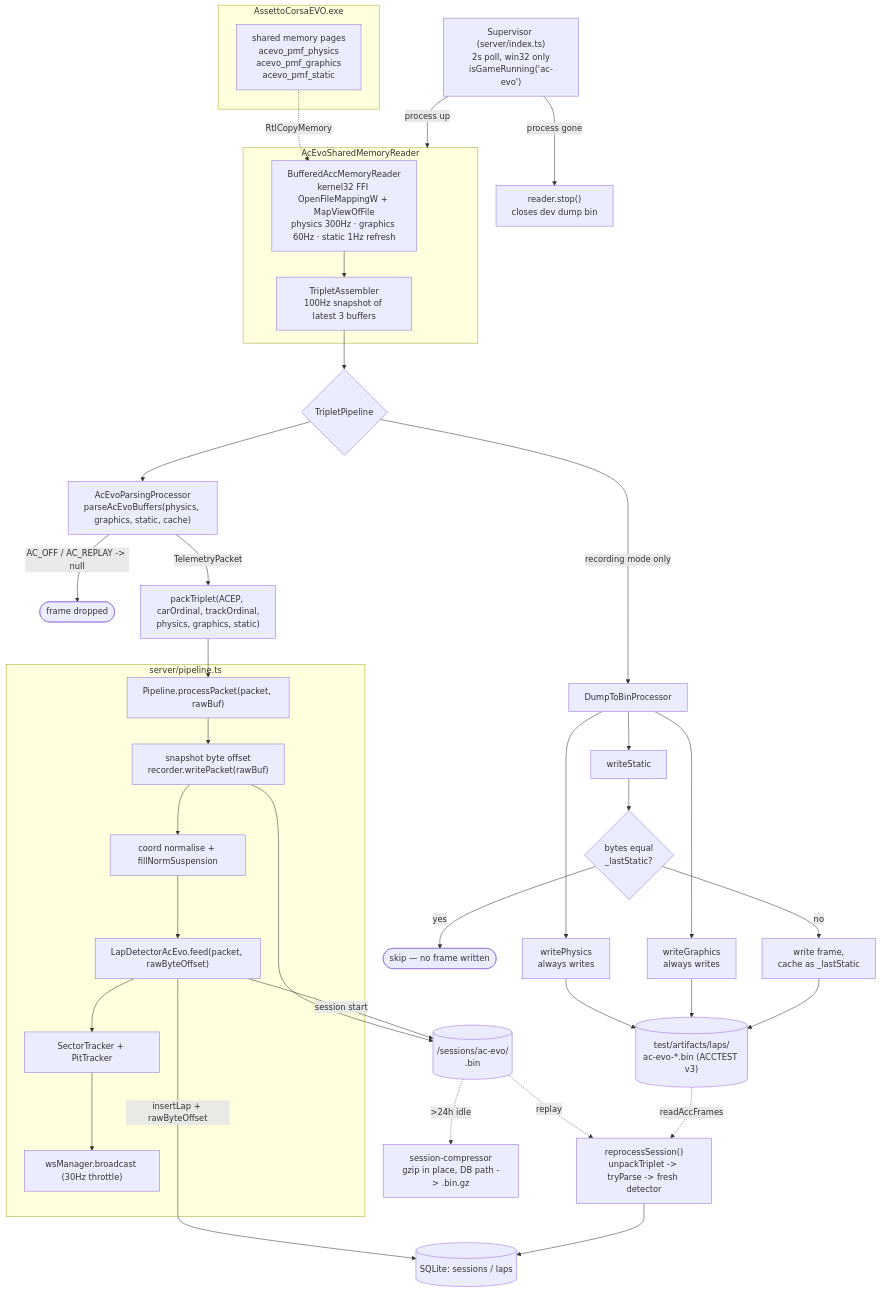
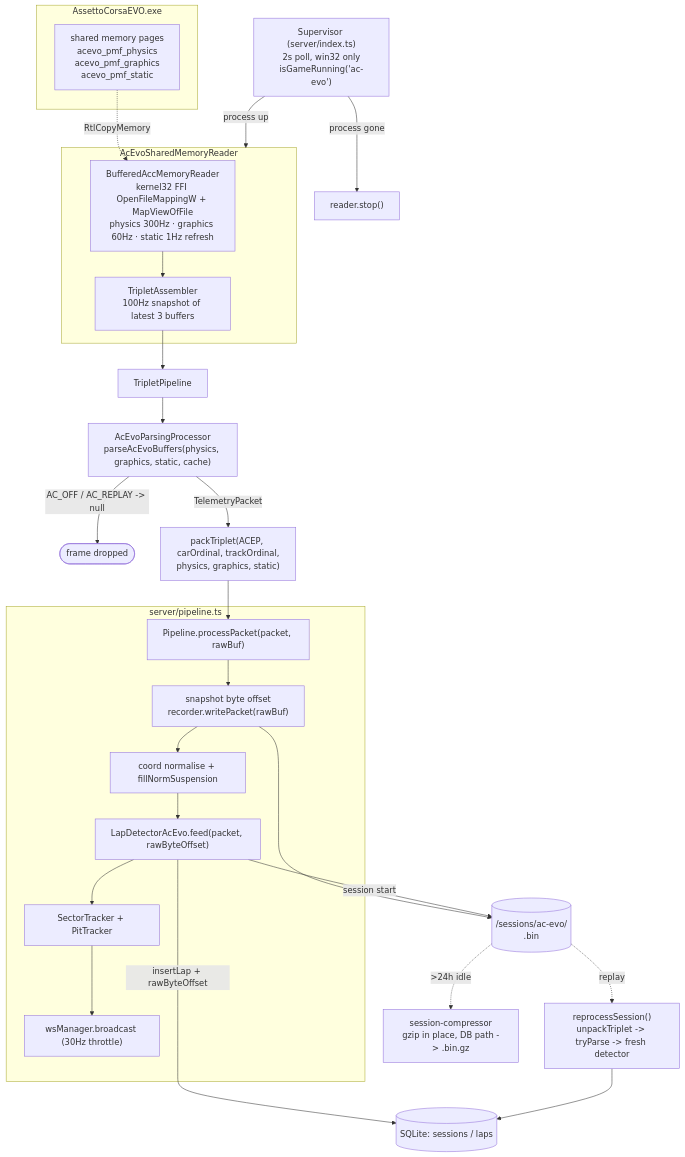
The diagram in docs/ac-evo-recording-pipeline.md (SpeedHQ/RaceIQ), drawn with Mermaid before and after one commit. The commit also changed other lines of this file, not shown here.

First line of the commit message:
docs: limit AC Evo pipeline doc to the production path

````diff
--- a/docs/ac-evo-recording-pipeline.md
+++ b/docs/ac-evo-recording-pipeline.md
@@ -52,54 +33,41 @@
 ```mermaid
 flowchart TD
     subgraph game["AssettoCorsaEVO.exe"]
         SHM["shared memory pages<br/>acevo_pmf_physics<br/>acevo_pmf_graphics<br/>acevo_pmf_static"]
     end
 
     SUP["Supervisor (server/index.ts)<br/>2s poll, win32 only<br/>isGameRunning('ac-evo')"]
     SUP -->|process up| READER
-    SUP -->|process gone| STOP["reader.stop()<br/>closes dev dump bin"]
+    SUP -->|process gone| STOP["reader.stop()"]
 
     subgraph READER["AcEvoSharedMemoryReader"]
         BR["BufferedAccMemoryReader<br/>kernel32 FFI OpenFileMappingW + MapViewOfFile<br/>physics 300Hz · graphics 60Hz · static 1Hz refresh"]
         TA["TripletAssembler<br/>100Hz snapshot of latest 3 buffers"]
         BR --> TA
     end
 
     SHM -.->|RtlCopyMemory| BR
 
-    TA --> TP{"TripletPipeline"}
-    TP -->|recording mode only| DUMP["DumpToBinProcessor"]
-
-    DUMP --> WP["writePhysics<br/>always writes"]
-    DUMP --> WG["writeGraphics<br/>always writes"]
-    DUMP --> WS2["writeStatic"]
-    WS2 --> DEDUP{"bytes equal<br/>_lastStatic?"}
-    DEDUP -->|yes| SKIP(["skip — no frame written"])
-    DEDUP -->|no| WRITE["write frame,<br/>cache as _lastStatic"]
-
-    WP --> DEVBIN[("test/artifacts/laps/<br/>ac-evo-*.bin (ACCTEST v3)")]
-    WG --> DEVBIN
-    WRITE --> DEVBIN
+    TA --> TP["TripletPipeline"]
     TP --> PARSE["AcEvoParsingProcessor<br/>parseAcEvoBuffers(physics, graphics, static, cache)"]
 
     PARSE -->|AC_OFF / AC_REPLAY -> null| DROP(["frame dropped"])
     PARSE -->|TelemetryPacket| PACK["packTriplet(ACEP, carOrdinal, trackOrdinal,<br/>physics, graphics, static)"]
     PACK --> PP["Pipeline.processPacket(packet, rawBuf)"]
 
     subgraph PIPE["server/pipeline.ts"]
         PP --> OFF["snapshot byte offset<br/>recorder.writePacket(rawBuf)"]
         OFF --> NORM["coord normalise + fillNormSuspension"]
         NORM --> LD["LapDetectorAcEvo.feed(packet, rawByteOffset)"]
         LD --> ST["SectorTracker + PitTracker"]
         ST --> WS["wsManager.broadcast (30Hz throttle)"]
     end
 
     OFF --> SESSBIN[("<DATA_DIR>/sessions/ac-evo/<br/><timestamp>.bin")]
     LD -->|session start| SESSBIN
     LD -->|insertLap + rawByteOffset| DB[("SQLite: sessions / laps")]
 
     SESSBIN -.->|>24h idle| GZ["session-compressor<br/>gzip in place, DB path -> .bin.gz"]
     SESSBIN -.->|replay| RP["reprocessSession()<br/>unpackTriplet -> tryParse -> fresh detector"]
     RP --> DB
-    DEVBIN -.->|readAccFrames| RP
 ```
````
